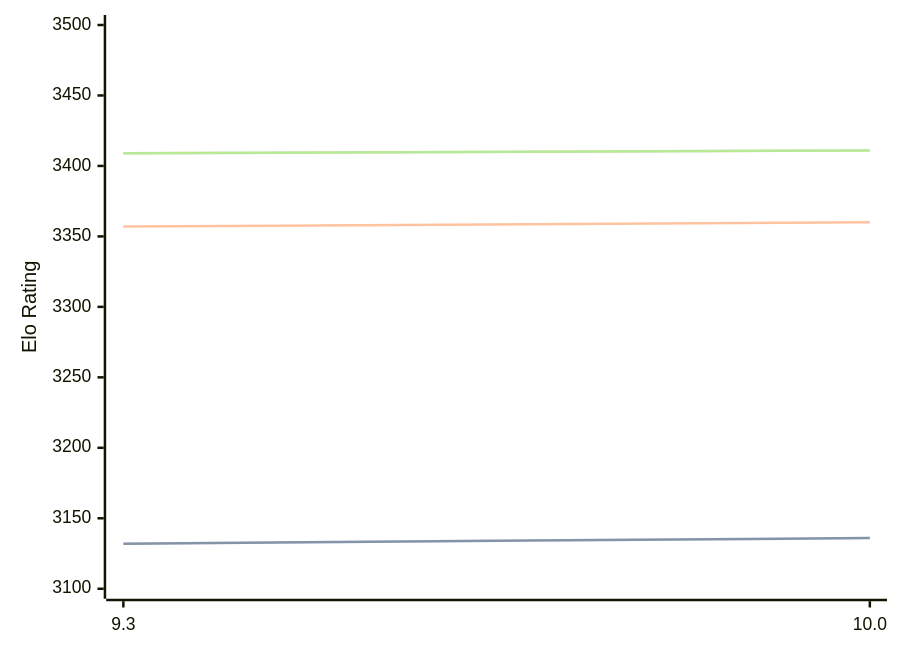
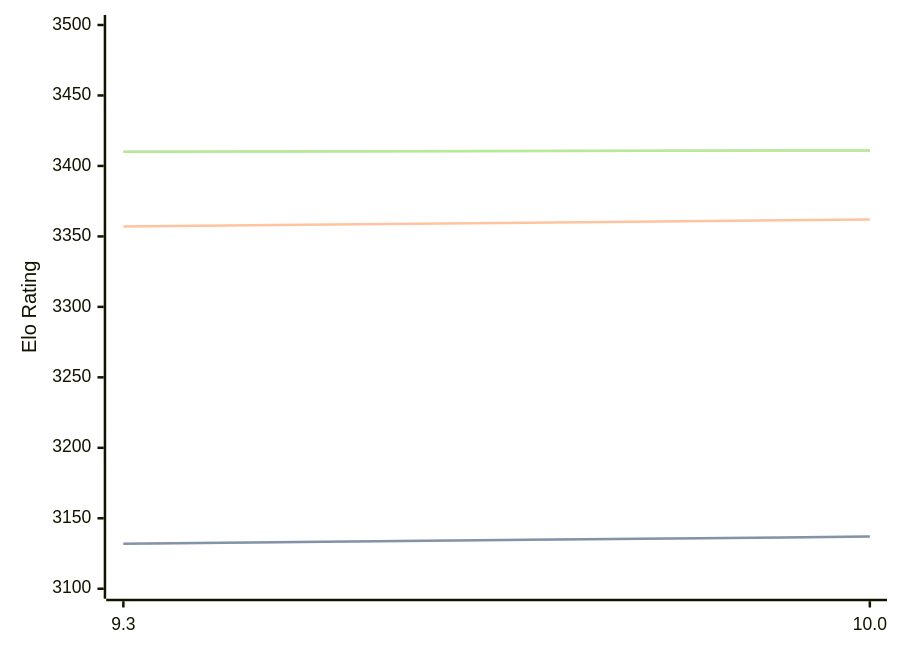
One commit to computer-chess-index/cci changed the first of 3 diagrams in engines/Fire.md. Above: the diagram before and after it, drawn with Mermaid. The commit also changed other lines of this file, not shown here.

Commit message:
Update CCI Ratings (ELO VLTC) - 2026-06-16

````diff
--- a/engines/Fire.md
+++ b/engines/Fire.md
@@ -47,11 +47,11 @@
 ```mermaid
 %%{init: {"theme":"base","themeVariables":{"seriesColors:['#a3a3a3','#222221','#faa371']}}}%%
 xychart-beta
   x-axis ["9.3", "10.0"]
   y-axis "Elo Rating" 3100 --> 3500
-  line "STC (8.0+0.08s)" [3132, 3136]
-  line "STC (8.0+0.08s)" [3132, 3136]
-  line "LTC (60.0+0.60s)" [3357, 3360]
-  line "VLTC (2m24s+1.12s)" [3409, 3411]
-  line "VLTC (2m24s+1.12s)" [3409, 3411]
+  line "STC (8.0+0.08s)" [3132, 3137]
+  line "STC (8.0+0.08s)" [3132, 3137]
+  line "LTC (60.0+0.60s)" [3357, 3362]
+  line "VLTC (2m24s+1.12s)" [3410, 3411]
+  line "VLTC (2m24s+1.12s)" [3410, 3411]
 ```
````
